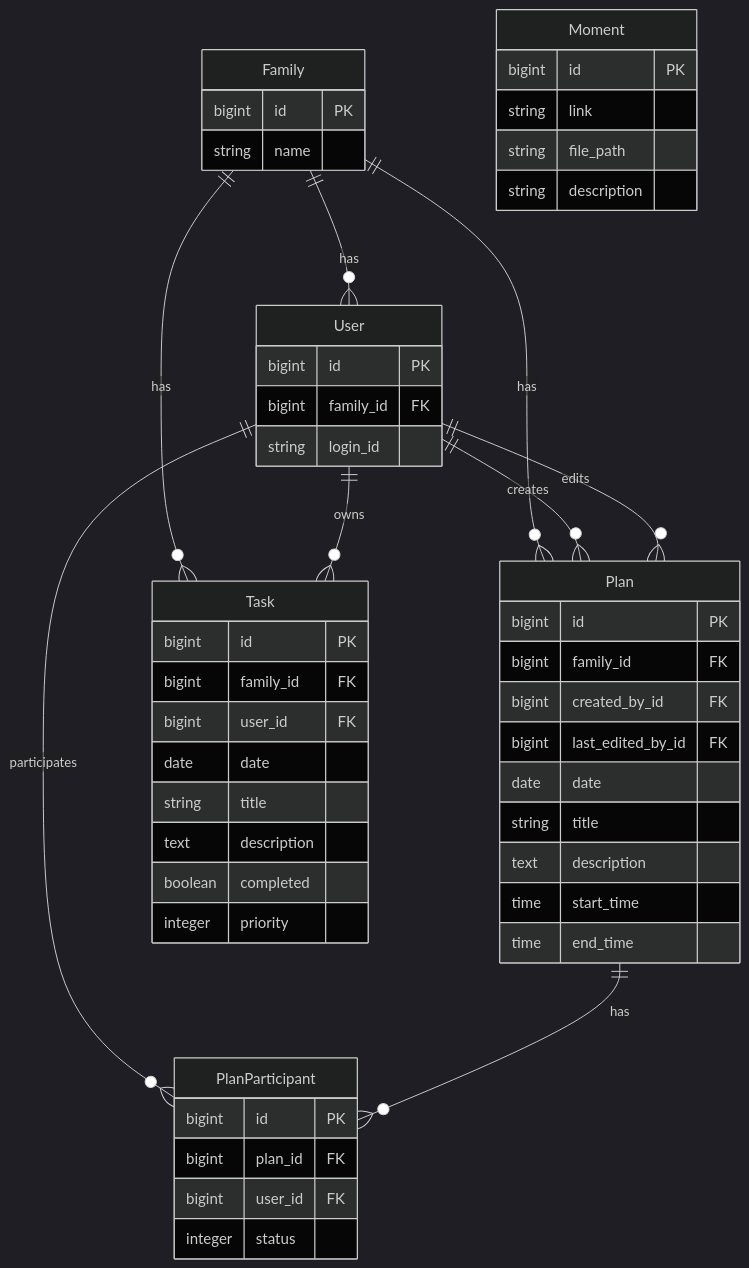
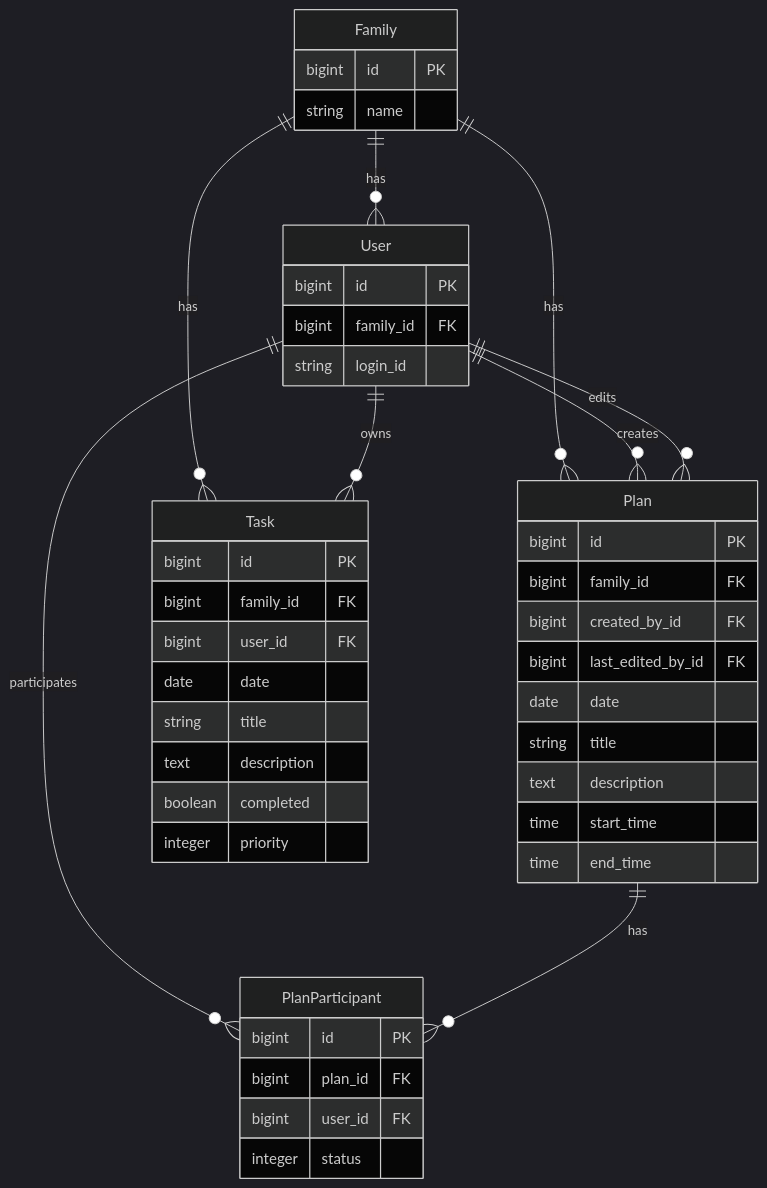
Before and after one commit to youknowcast/cast-me: the diagram in docs/EXTERNAL_SPECIFICATIONS.md, drawn with Mermaid (dark theme). The commit also changed other lines of this file and 23 other files, not shown here.

````diff
--- a/docs/EXTERNAL_SPECIFICATIONS.md
+++ b/docs/EXTERNAL_SPECIFICATIONS.md
@@ -151,59 +131,53 @@
 ```mermaid
 erDiagram
     Family ||--o{ User : has
     Family ||--o{ Plan : has
     Family ||--o{ Task : has
     User ||--o{ Task : owns
     User ||--o{ PlanParticipant : participates
     Plan ||--o{ PlanParticipant : has
     User ||--o{ Plan : creates
     User ||--o{ Plan : edits
 
     Family {
         bigint id PK
         string name
     }
 
     User {
         bigint id PK
         bigint family_id FK
         string login_id
     }
 
     Plan {
         bigint id PK
         bigint family_id FK
         bigint created_by_id FK
         bigint last_edited_by_id FK
         date date
         string title
         text description
         time start_time
         time end_time
     }
 
     PlanParticipant {
         bigint id PK
         bigint plan_id FK
         bigint user_id FK
         integer status
     }
 
     Task {
         bigint id PK
         bigint family_id FK
         bigint user_id FK
         date date
         string title
         text description
         boolean completed
         integer priority
     }
 
-    Moment {
-        bigint id PK
-        string link
-        string file_path
-        string description
-    }
 ```
````
